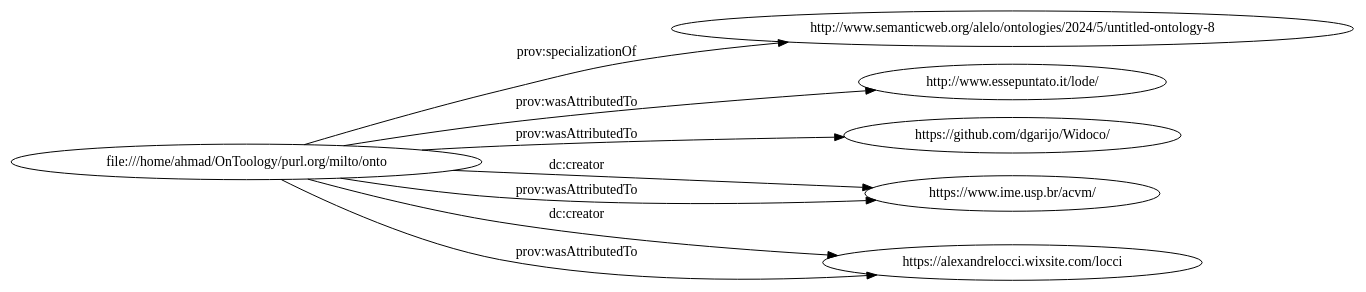
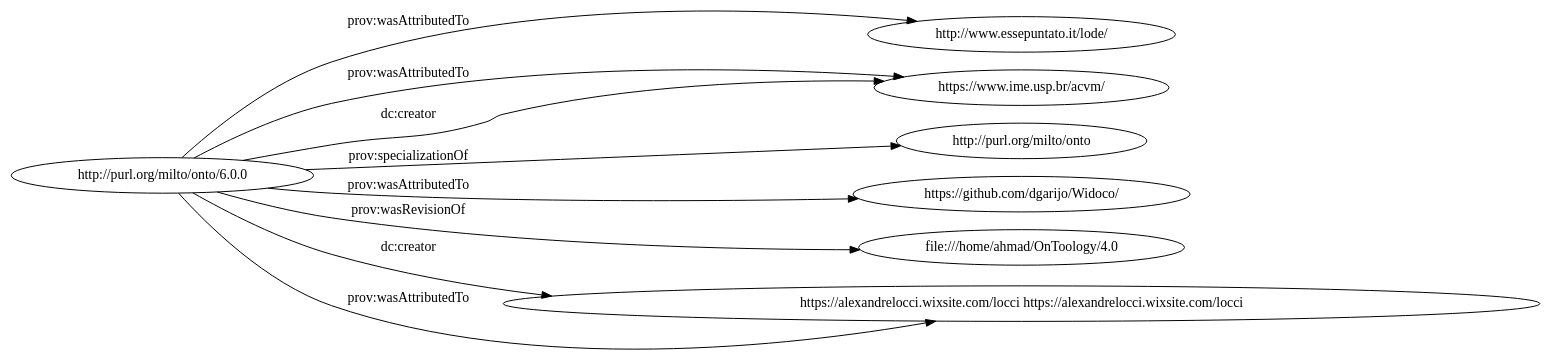
One commit to AleLocci/alelocci.github.io changed the diagram in OnToology/provenance/provenance-en.ttl/diagrams/ar2dtool-class/provenance-en.ttl.png.dot. Above: the diagram before and after it, drawn with Graphviz. The commit also changed 44 other files, not shown here.

```diff
--- a/OnToology/provenance/provenance-en.ttl/diagrams/ar2dtool-class/provenance-en.ttl.png.dot
+++ b/OnToology/provenance/provenance-en.ttl/diagrams/ar2dtool-class/provenance-en.ttl.png.dot
@@ -1,12 +1,13 @@
 digraph ar2dtool_diagram { 
 rankdir=LR;
 size="1501"
-	"file:///home/ahmad/OnToology/purl.org/milto/onto" -> "http://www.semanticweb.org/alelo/ontologies/2024/5/untitled-ontology-8" [ label = "prov:specializationOf" ];
-	"file:///home/ahmad/OnToology/purl.org/milto/onto" -> "http://www.essepuntato.it/lode/" [ label = "prov:wasAttributedTo" ];
-	"file:///home/ahmad/OnToology/purl.org/milto/onto" -> "https://github.com/dgarijo/Widoco/" [ label = "prov:wasAttributedTo" ];
-	"file:///home/ahmad/OnToology/purl.org/milto/onto" -> "https://www.ime.usp.br/acvm/" [ label = "dc:creator" ];
-	"file:///home/ahmad/OnToology/purl.org/milto/onto" -> "https://www.ime.usp.br/acvm/" [ label = "prov:wasAttributedTo" ];
-	"file:///home/ahmad/OnToology/purl.org/milto/onto" -> "https://alexandrelocci.wixsite.com/locci" [ label = "dc:creator" ];
-	"file:///home/ahmad/OnToology/purl.org/milto/onto" -> "https://alexandrelocci.wixsite.com/locci" [ label = "prov:wasAttributedTo" ];
+	"http://purl.org/milto/onto/6.0.0" -> "http://www.essepuntato.it/lode/" [ label = "prov:wasAttributedTo" ];
+	"http://purl.org/milto/onto/6.0.0" -> "https://www.ime.usp.br/acvm/" [ label = "prov:wasAttributedTo" ];
+	"http://purl.org/milto/onto/6.0.0" -> "http://purl.org/milto/onto" [ label = "prov:specializationOf" ];
+	"http://purl.org/milto/onto/6.0.0" -> "https://github.com/dgarijo/Widoco/" [ label = "prov:wasAttributedTo" ];
+	"http://purl.org/milto/onto/6.0.0" -> "file:///home/ahmad/OnToology/4.0" [ label = "prov:wasRevisionOf" ];
+	"http://purl.org/milto/onto/6.0.0" -> "https://alexandrelocci.wixsite.com/locci				https://alexandrelocci.wixsite.com/locci				" [ label = "dc:creator" ];
+	"http://purl.org/milto/onto/6.0.0" -> "https://www.ime.usp.br/acvm/" [ label = "dc:creator" ];
+	"http://purl.org/milto/onto/6.0.0" -> "https://alexandrelocci.wixsite.com/locci				https://alexandrelocci.wixsite.com/locci				" [ label = "prov:wasAttributedTo" ];
 
 }
```
